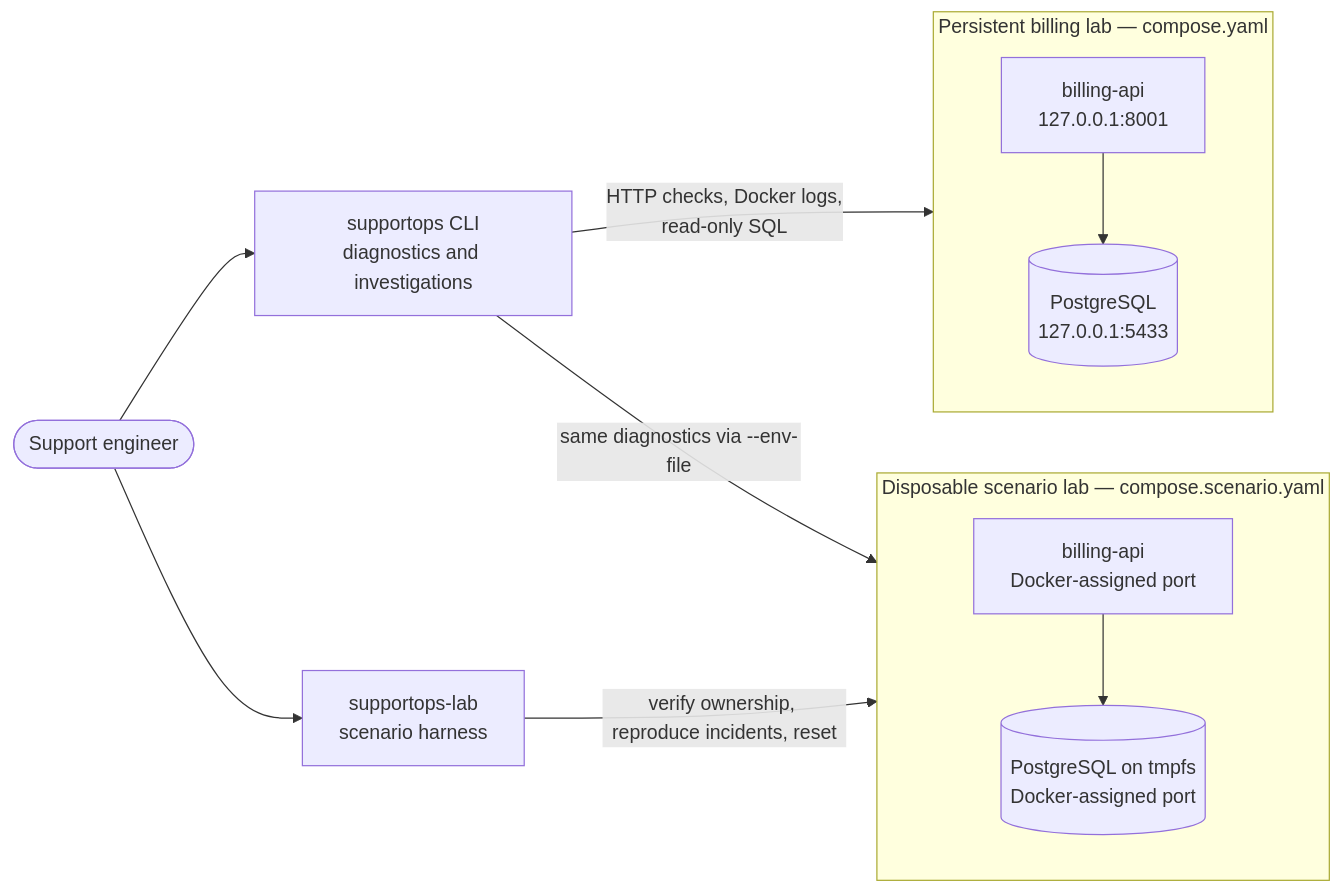
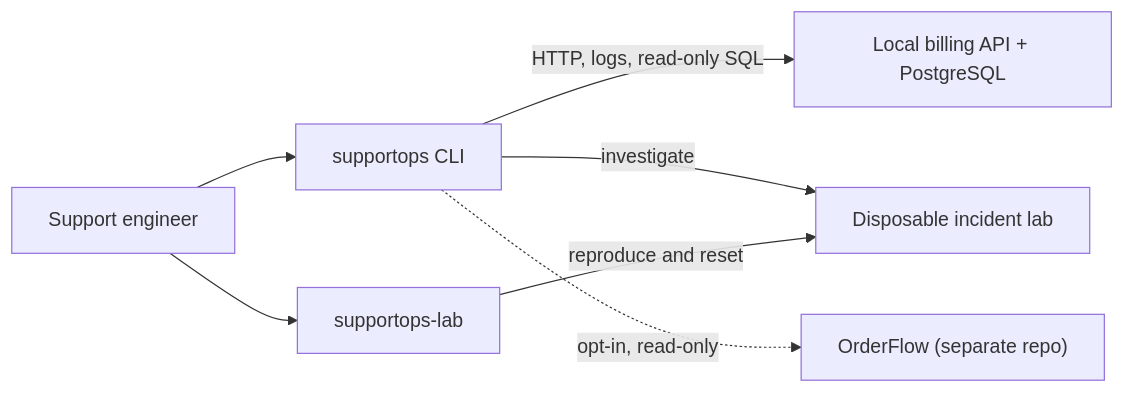
One commit to Levi-j/supportOps changed the diagram in README.md. Above: the diagram before and after it, drawn with Mermaid. The commit also changed other lines of this file and 49 other files, not shown here.

Commit message:
feat: add read-only OrderFlow integration and polish documentation

````diff
--- a/README.md
+++ b/README.md
@@ -9,24 +21,9 @@
 ```mermaid
 flowchart LR
-    support([Support engineer])
-    cli["supportops CLI<br/>diagnostics and investigations"]
-    harness["supportops-lab<br/>scenario harness"]
-
-    subgraph persistent["Persistent billing lab — compose.yaml"]
-        api1["billing-api<br/>127.0.0.1:8001"]
-        db1[("PostgreSQL<br/>127.0.0.1:5433")]
-        api1 --> db1
-    end
-
-    subgraph scenario["Disposable scenario lab — compose.scenario.yaml"]
-        api2["billing-api<br/>Docker-assigned port"]
-        db2[("PostgreSQL on tmpfs<br/>Docker-assigned port")]
-        api2 --> db2
-    end
-
-    support --> cli
-    support --> harness
-    cli -->|"HTTP checks, Docker logs,<br/>read-only SQL"| persistent
-    cli -->|"same diagnostics via --env-file"| scenario
-    harness -->|"verify ownership, reproduce incidents, reset"| scenario
+    engineer["Support engineer"] --> cli["supportops CLI"]
+    engineer --> harness["supportops-lab"]
+    cli -->|"HTTP, logs, read-only SQL"| billing["Local billing API + PostgreSQL"]
+    cli -->|"investigate"| scenario["Disposable incident lab"]
+    cli -.->|"opt-in, read-only"| orderflow["OrderFlow (separate repo)"]
+    harness -->|"reproduce and reset"| scenario
 ```
````
